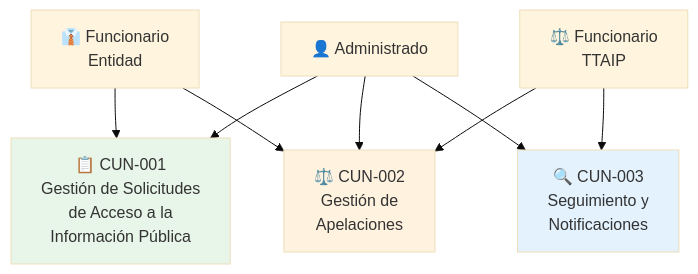
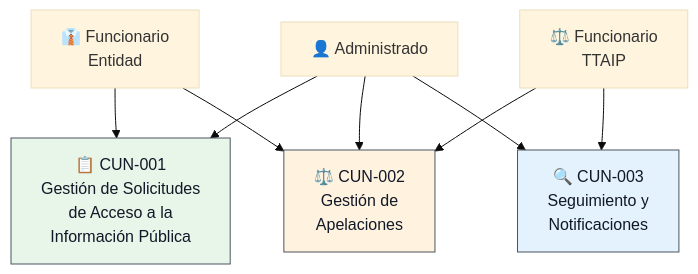
One commit to transparenciapublicadev/plataforma-saip-apelaciones changed the third of 10 diagrams in docs/src/content/docs/metodologia/index.mdx. Above: the diagram before and after it, drawn with Mermaid (base theme). The commit also changed other lines of this file and 4 other files, not shown here.

First line of the commit message:
✨ feat(docs): improve Mermaid contrast and add docs CI workflow

````diff
--- a/docs/src/content/docs/metodologia/index.mdx
+++ b/docs/src/content/docs/metodologia/index.mdx
@@ -77,22 +77,22 @@
 ```mermaid
 graph TD
     CUN1["📋 CUN-001<br/>Gestión de Solicitudes<br/>de Acceso a la<br/>Información Pública"]
     CUN2["⚖️ CUN-002<br/>Gestión de<br/>Apelaciones"]
     CUN3["🔍 CUN-003<br/>Seguimiento y<br/>Notificaciones"]
     
     ADM["👤 Administrado"]
     FUNC["👔 Funcionario<br/>Entidad"]
     TTAIP["⚖️ Funcionario<br/>TTAIP"]
     
     ADM --> CUN1
     ADM --> CUN2
     ADM --> CUN3
     FUNC --> CUN1
     FUNC --> CUN2
     TTAIP --> CUN2
     TTAIP --> CUN3
     
-    style CUN1 fill:#e8f5e9
-    style CUN2 fill:#fff3e0
-    style CUN3 fill:#e3f2fd
+    style CUN1 fill:#e8f5e9,color:#111827,stroke:#4b5563,stroke-width:1px
+    style CUN2 fill:#fff3e0,color:#111827,stroke:#4b5563,stroke-width:1px
+    style CUN3 fill:#e3f2fd,color:#111827,stroke:#4b5563,stroke-width:1px
 ```
````
